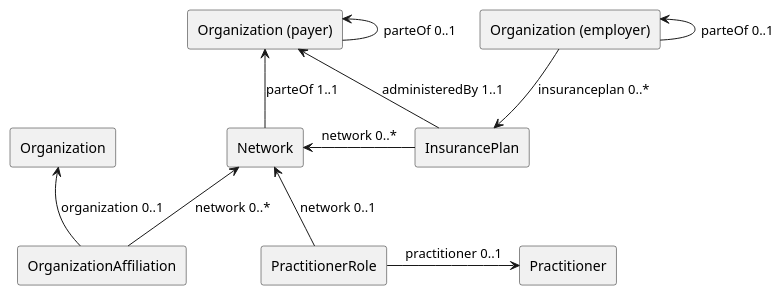
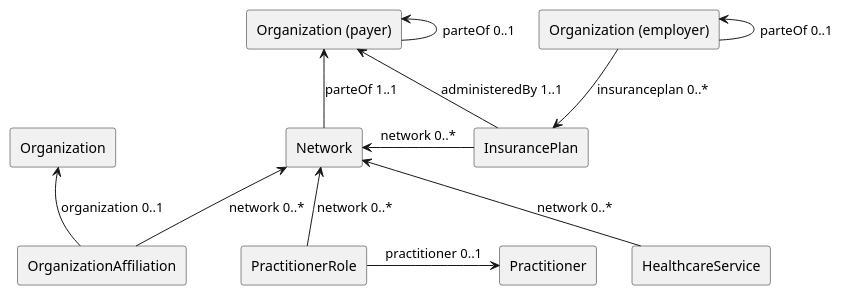
The diagram in input/images-source/RelNetworkInsurancePlan.plantuml (HL7/fhir-us-ndh), drawn with PlantUML before and after one commit. The commit also changed 4 other files, not shown here.

Commit message:
update diagrams

```diff
--- a/input/images-source/RelNetworkInsurancePlan.plantuml
+++ b/input/images-source/RelNetworkInsurancePlan.plantuml
@@ -1,24 +1,26 @@
 @startuml
 
 agent OrganizationAffiliation as orgAff
 agent PractitionerRole as praRole 
 agent Practitioner as practitioner 
 agent "Organization (payer)" as orgpayer
 agent "Organization (employer)" as orgemp
 agent "Organization" as organization3
 agent Network as network
 agent InsurancePlan as insurance
+agent "HealthcareService" as healthcare
 
 orgAff -up-> network: "network 0..*"
 network -up-> orgpayer: "parteOf 1..1"
 insurance -up-> orgpayer: "administeredBy 1..1"
-praRole -up-> network: "network 0..1"
+praRole -up-> network: "network 0..*"
 praRole -right-> practitioner: "practitioner 0..1"
 insurance -left-> network: "network 0..*"
 orgemp -down-> insurance: "insuranceplan 0..*"
 orgpayer -up-> orgpayer: "parteOf 0..1"
 orgemp -up-> orgemp: "parteOf 0..1"
 orgAff -up-> organization3: "organization 0..1"
+healthcare -up-> network: "network 0..*"
 
 
 @enduml
```
